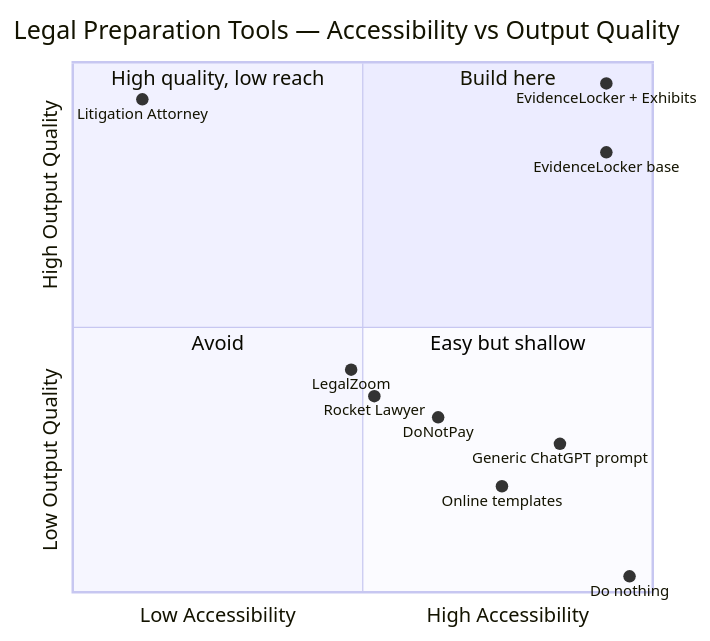
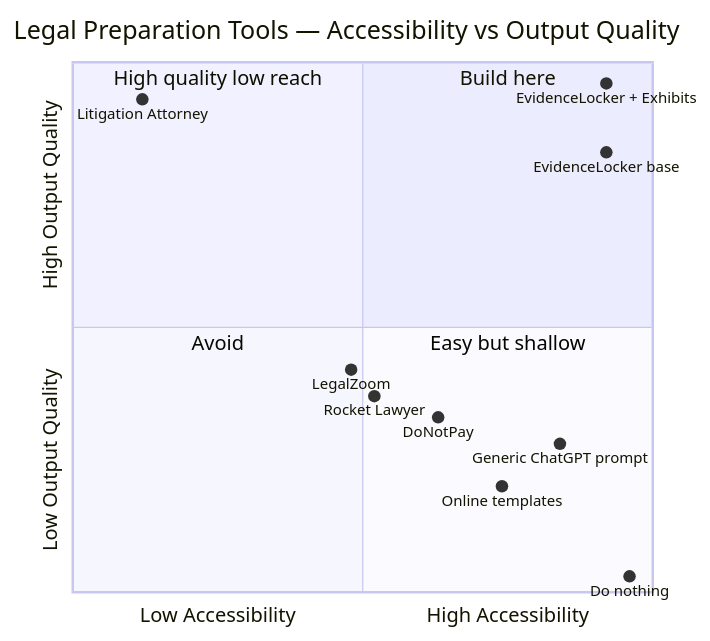
Before and after one commit to Iceman-Dann/Evidence-Locker: the eighth of 12 diagrams in README.md, drawn with Mermaid. The commit also changed other lines of this file, not shown here.

````diff
--- a/README.md
+++ b/README.md
@@ -317,19 +340,19 @@
 ```mermaid
 quadrantChart
     title Legal Preparation Tools — Accessibility vs Output Quality
     x-axis "Low Accessibility" --> "High Accessibility"
     y-axis "Low Output Quality" --> "High Output Quality"
     quadrant-1 Build here
-    quadrant-2 High quality, low reach
+    quadrant-2 High quality low reach
     quadrant-3 Avoid
     quadrant-4 Easy but shallow
     Litigation Attorney: [0.12, 0.93]
     LegalZoom: [0.48, 0.42]
     Rocket Lawyer: [0.52, 0.37]
     DoNotPay: [0.63, 0.33]
     Generic ChatGPT prompt: [0.84, 0.28]
     Online templates: [0.74, 0.20]
     Do nothing: [0.96, 0.03]
     EvidenceLocker base: [0.92, 0.83]
     EvidenceLocker + Exhibits: [0.92, 0.96]
 ```
````
